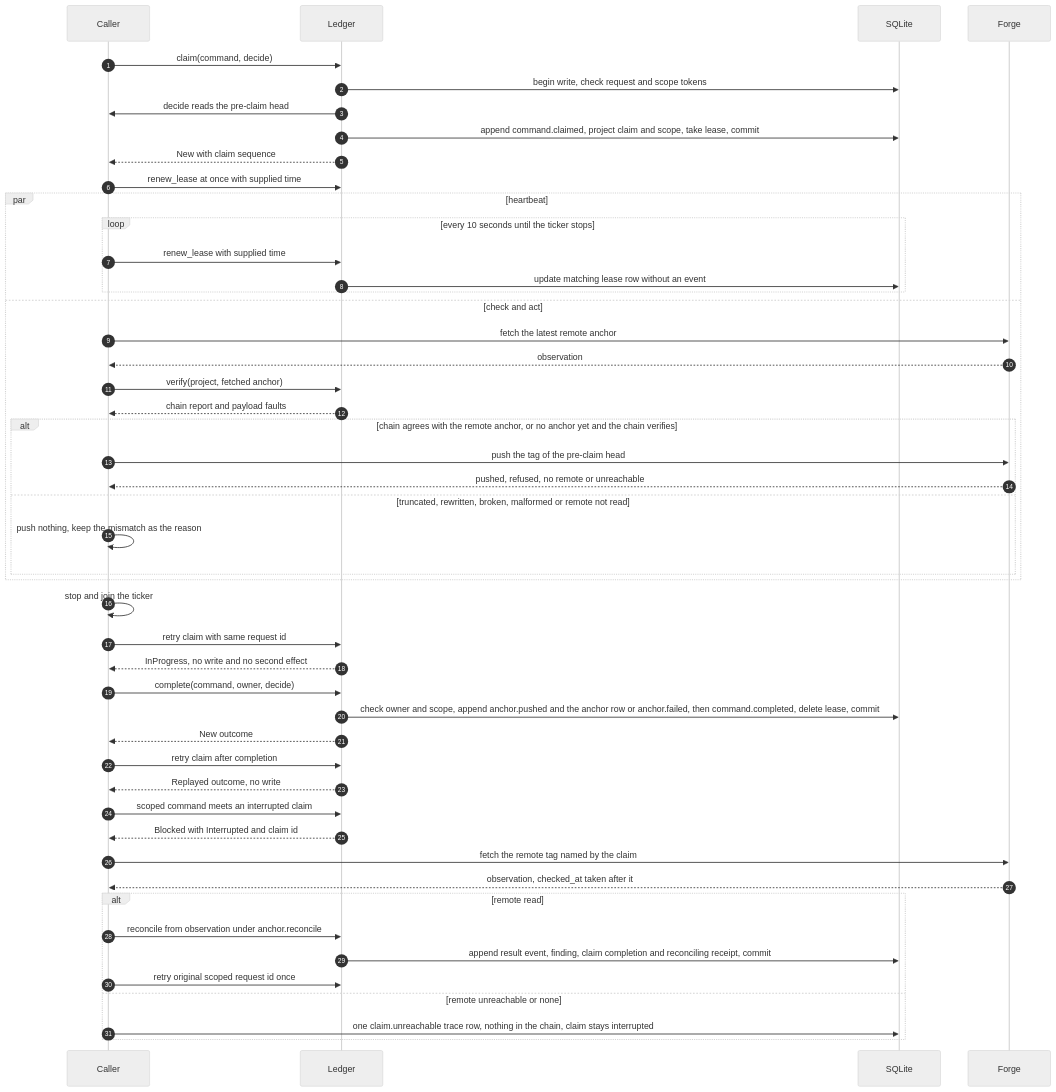
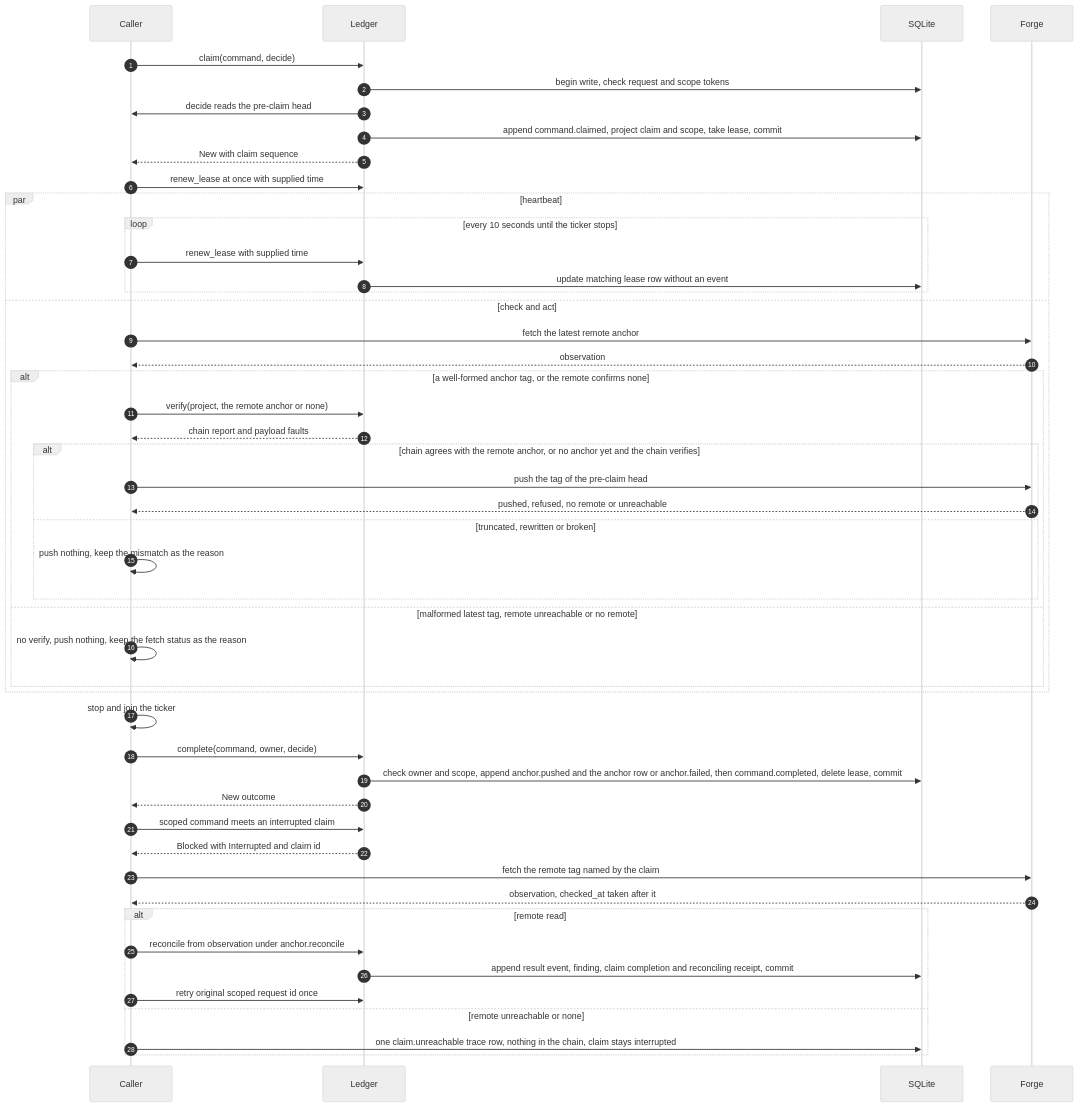
One commit to crenshawdev/baley changed the sixth of 13 diagrams in docs/design/0001-evidence-ledger.md. Above: the diagram before and after it, drawn with Mermaid (neutral theme). The commit also changed other lines of this file, not shown here.

Commit message:
docs(design): draw the anchor check's verify only where the command runs it
Figure 6 showed verify after every latest-anchor fetch and two request retries the anchor command never makes. Verify now sits under a well-formed tag or a confirmed absence, the other fetch results refuse without it, and the caption says what a caller that resends its request gets.

````diff
--- a/docs/design/0001-evidence-ledger.md
+++ b/docs/design/0001-evidence-ledger.md
@@ -446,50 +446,50 @@
 ```mermaid
 sequenceDiagram
   autonumber
   participant C as Caller
   participant L as Ledger
   participant Q as SQLite
   participant F as Forge
   C->>L: claim(command, decide)
   L->>Q: begin write, check request and scope tokens
   L->>C: decide reads the pre-claim head
   L->>Q: append command.claimed, project claim and scope, take lease, commit
   L-->>C: New with claim sequence
   C->>L: renew_lease at once with supplied time
   par heartbeat
     loop every 10 seconds until the ticker stops
       C->>L: renew_lease with supplied time
       L->>Q: update matching lease row without an event
     end
   and check and act
     C->>F: fetch the latest remote anchor
     F-->>C: observation
-    C->>L: verify(project, fetched anchor)
-    L-->>C: chain report and payload faults
-    alt chain agrees with the remote anchor, or no anchor yet and the chain verifies
-      C->>F: push the tag of the pre-claim head
-      F-->>C: pushed, refused, no remote or unreachable
-    else truncated, rewritten, broken, malformed or remote not read
-      C->>C: push nothing, keep the mismatch as the reason
+    alt a well-formed anchor tag, or the remote confirms none
+      C->>L: verify(project, the remote anchor or none)
+      L-->>C: chain report and payload faults
+      alt chain agrees with the remote anchor, or no anchor yet and the chain verifies
+        C->>F: push the tag of the pre-claim head
+        F-->>C: pushed, refused, no remote or unreachable
+      else truncated, rewritten or broken
+        C->>C: push nothing, keep the mismatch as the reason
+      end
+    else malformed latest tag, remote unreachable or no remote
+      C->>C: no verify, push nothing, keep the fetch status as the reason
     end
   end
   C->>C: stop and join the ticker
-  C->>L: retry claim with same request id
-  L-->>C: InProgress, no write and no second effect
   C->>L: complete(command, owner, decide)
   L->>Q: check owner and scope, append anchor.pushed and the anchor row or anchor.failed, then command.completed, delete lease, commit
   L-->>C: New outcome
-  C->>L: retry claim after completion
-  L-->>C: Replayed outcome, no write
   C->>L: scoped command meets an interrupted claim
   L-->>C: Blocked with Interrupted and claim id
   C->>F: fetch the remote tag named by the claim
   F-->>C: observation, checked_at taken after it
   alt remote read
     C->>L: reconcile from observation under anchor.reconcile
     L->>Q: append result event, finding, claim completion and reconciling receipt, commit
     C->>L: retry original scoped request id once
   else remote unreachable or none
     C->>Q: one claim.unreachable trace row, nothing in the chain, claim stays interrupted
   end
 ```
````
